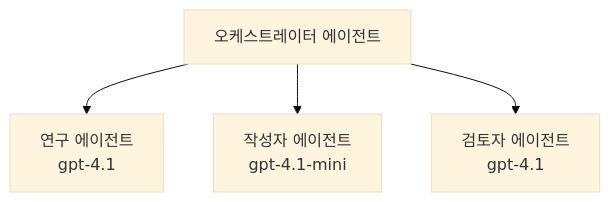
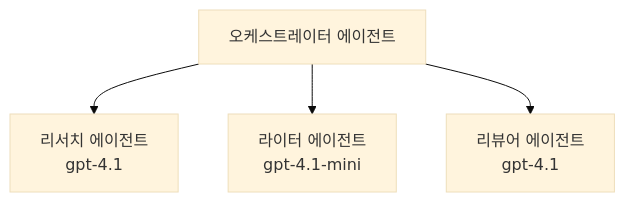
Before and after one commit to microsoft/AZD-for-beginners: the third of 3 diagrams in translations/ko/docs/chapter-02-ai-development/agents.md, drawn with Mermaid (base theme). The commit also changed other lines of this file and 104 other files, not shown here.

````diff
--- a/translations/ko/docs/chapter-02-ai-development/agents.md
+++ b/translations/ko/docs/chapter-02-ai-development/agents.md
@@ -194,6 +201,6 @@
 ```mermaid
 graph TD
-    Orchestrator[오케스트레이터 에이전트] --> Research[연구 에이전트<br/>gpt-4.1]
-    Orchestrator --> Writer[작성자 에이전트<br/>gpt-4.1-mini]
-    Orchestrator --> Reviewer[검토자 에이전트<br/>gpt-4.1]
+    Orchestrator[오케스트레이터 에이전트] --> Research[리서치 에이전트<br/>gpt-4.1]
+    Orchestrator --> Writer[라이터 에이전트<br/>gpt-4.1-mini]
+    Orchestrator --> Reviewer[리뷰어 에이전트<br/>gpt-4.1]
 ```
````
